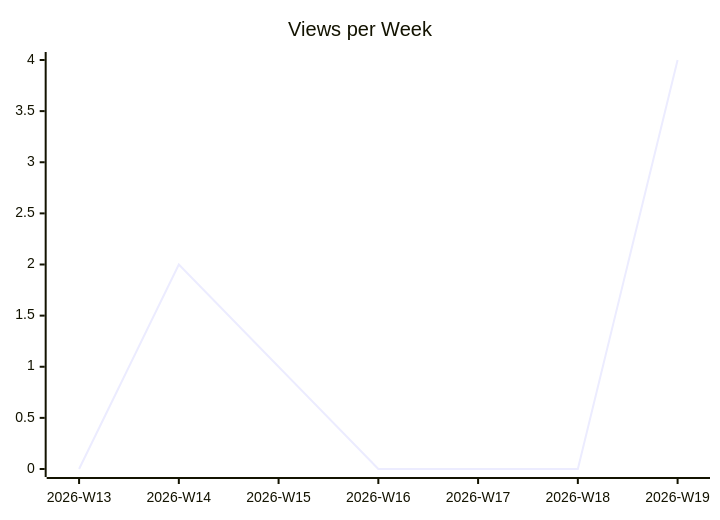
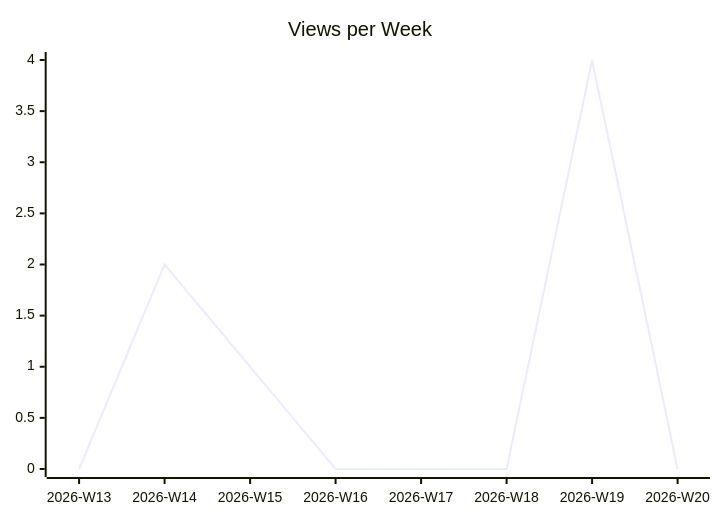
One commit to justdavis-family/github-analytics-data changed the second of 3 diagrams in karlmdavis/justdavis-ansible/README.md. Above: the diagram before and after it, drawn with Mermaid. The commit also changed other lines of this file and 176 other files, not shown here.

````diff
--- a/karlmdavis/justdavis-ansible/README.md
+++ b/karlmdavis/justdavis-ansible/README.md
@@ -12,6 +12,6 @@
 ```mermaid
 xychart-beta
   title "Views per Week"
-  x-axis ["2026-W13", "2026-W14", "2026-W15", "2026-W16", "2026-W17", "2026-W18", "2026-W19"]
-  line [0, 2, 1, 0, 0, 0, 4]
+  x-axis ["2026-W13", "2026-W14", "2026-W15", "2026-W16", "2026-W17", "2026-W18", "2026-W19", "2026-W20"]
+  line [0, 2, 1, 0, 0, 0, 4, 0]
 ```
````
